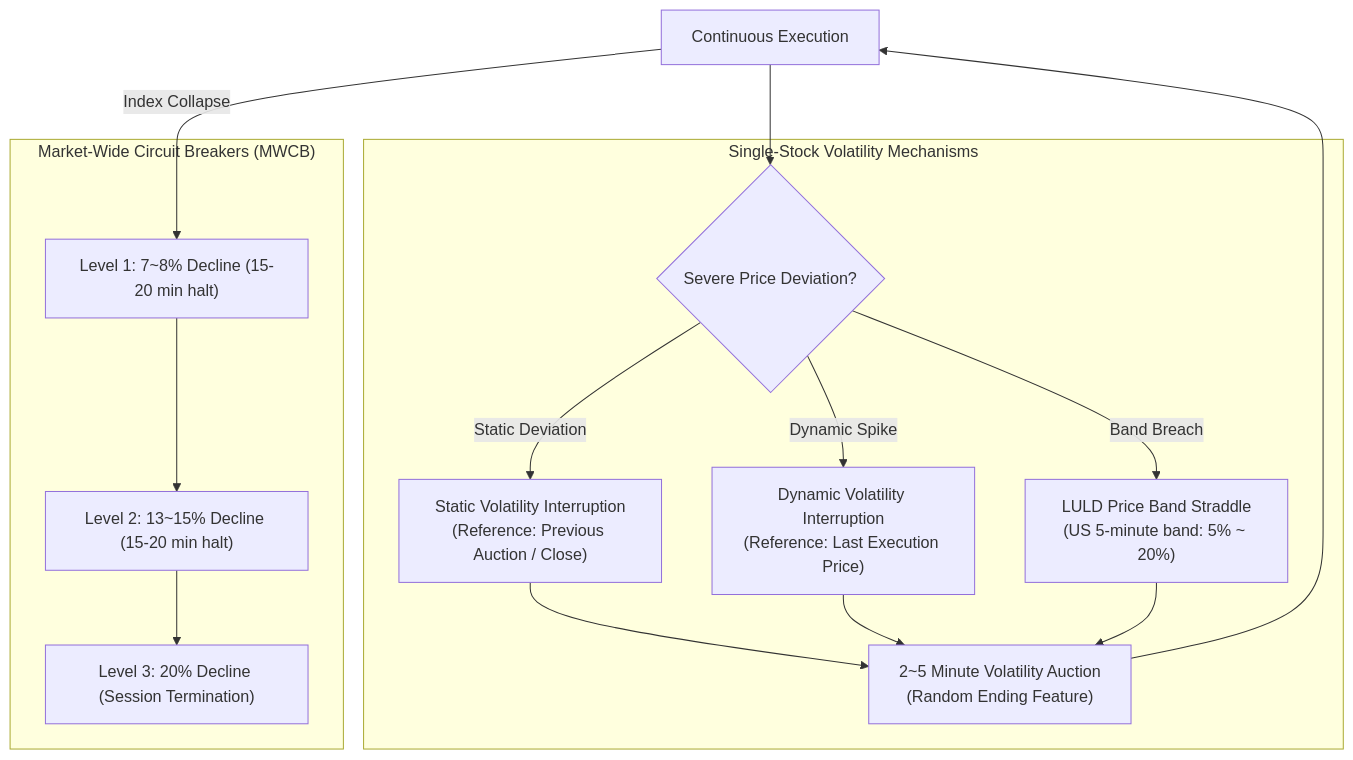
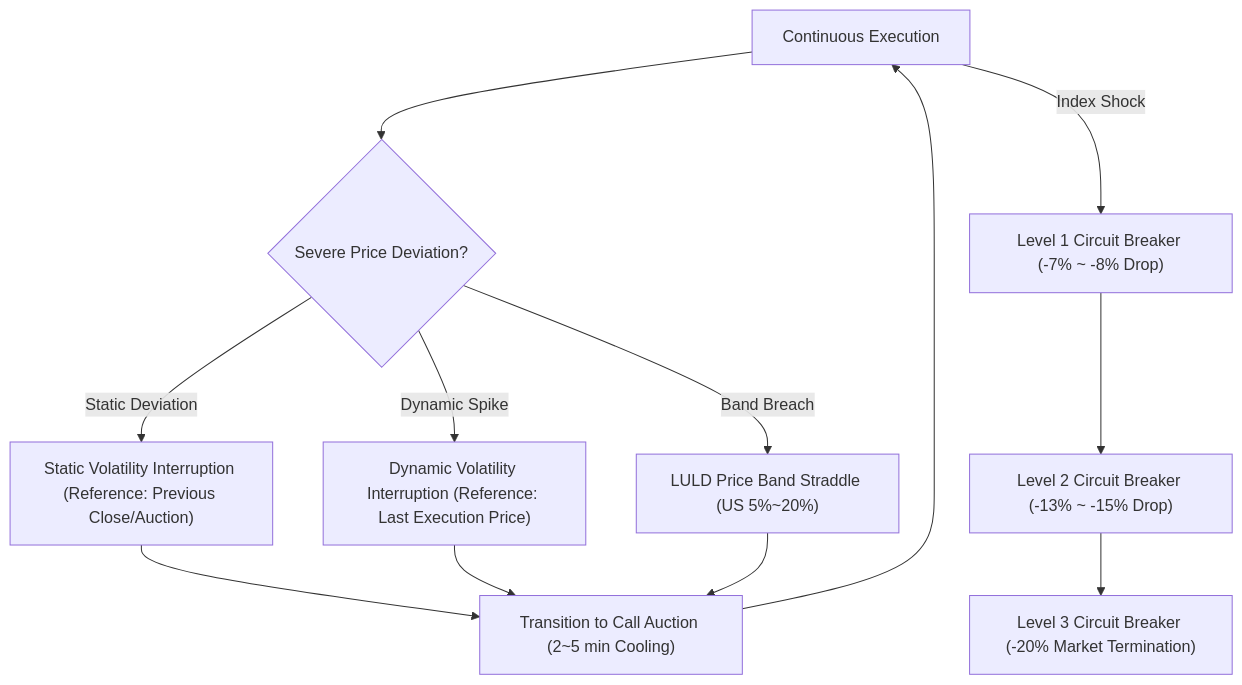
One commit to keimania/global-exchanges changed the third of 4 diagrams in en/comparison_matrix.md. Above: the diagram before and after it, drawn with Mermaid. The commit also changed other lines of this file and 3 other files, not shown here.

Commit message:
fix: resolve KaTeX/Mermaid conflicts in comparison matrix and enhance dark mode UI

````diff
--- a/en/comparison_matrix.md
+++ b/en/comparison_matrix.md
@@ -115,27 +107,26 @@
 ```mermaid
 flowchart TD
     Normal["Continuous Execution"]
-    
-    subgraph Single_Stock_Controls["Single-Stock Volatility Mechanisms"]
-        VI_Check{"Severe Price Deviation?"}
-        VI_Static["Static Volatility Interruption<br>(Reference: Previous Auction / Close)"]
-        VI_Dynamic["Dynamic Volatility Interruption<br>(Reference: Last Execution Price)"]
-        LULD_Band["LULD Price Band Straddle<br>(US 5-minute band: 5% ~ 20%)"]
-        CallAuction["2~5 Minute Volatility Auction<br>(Random Ending Feature)"]
-    end
-
-    subgraph Market_Wide_Controls["Market-Wide Circuit Breakers (MWCB)"]
-        Level1["Level 1: 7~8% Decline (15-20 min halt)"]
-        Level2["Level 2: 13~15% Decline (15-20 min halt)"]
-        Level3["Level 3: 20% Decline (Session Termination)"]
-    end
+    VI_Check{"Severe Price Deviation?"}
+    VI_Static["Static Volatility Interruption (Reference: Previous Close/Auction)"]
+    VI_Dynamic["Dynamic Volatility Interruption (Reference: Last Execution Price)"]
+    LULD_Band["LULD Price Band Straddle (US 5%~20%)"]
+    CallAuction["Transition to Call Auction (2~5 min Cooling)"]
 
     Normal --> VI_Check
-    VI_Check -->|Static Deviation| VI_Static --> CallAuction
-    VI_Check -->|Dynamic Spike| VI_Dynamic --> CallAuction
-    VI_Check -->|Band Breach| LULD_Band --> CallAuction
+    VI_Check -->|Static Deviation| VI_Static
+    VI_Check -->|Dynamic Spike| VI_Dynamic
+    VI_Check -->|Band Breach| LULD_Band
+    VI_Static --> CallAuction
+    VI_Dynamic --> CallAuction
+    LULD_Band --> CallAuction
     CallAuction --> Normal
 
-    Normal -->|Index Collapse| Level1
-    Level1 --> Level2 --> Level3
+    Level1["Level 1 Circuit Breaker (-7% ~ -8% Drop)"]
+    Level2["Level 2 Circuit Breaker (-13% ~ -15% Drop)"]
+    Level3["Level 3 Circuit Breaker (-20% Market Termination)"]
+
+    Normal -->|Index Shock| Level1
+    Level1 --> Level2
+    Level2 --> Level3
 ```
````
